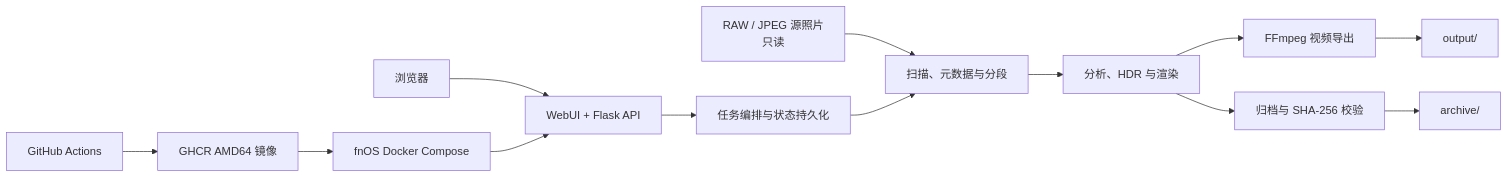
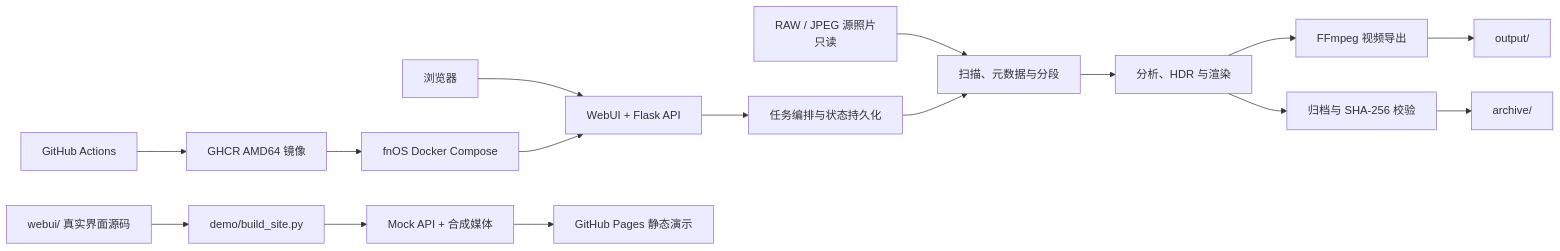
Before and after one commit to Solismuchengxue/Solis_Timelapse: the diagram in DESIGN.md, drawn with Mermaid. The commit also changed other lines of this file and 28 other files, not shown here.

````diff
--- a/DESIGN.md
+++ b/DESIGN.md
@@ -28,15 +29,18 @@
 ```mermaid
 flowchart LR
     Browser["浏览器"] --> Web["WebUI + Flask API"]
     Source["RAW / JPEG 源照片\n只读"] --> Catalog["扫描、元数据与分段"]
     Web --> Tasks["任务编排与状态持久化"]
     Tasks --> Catalog
     Catalog --> Pipeline["分析、HDR 与渲染"]
     Pipeline --> Video["FFmpeg 视频导出"]
     Video --> Output["output/"]
     Pipeline --> Archive["归档与 SHA-256 校验"]
     Archive --> ArchiveStore["archive/"]
     Actions["GitHub Actions"] --> GHCR["GHCR AMD64 镜像"]
     GHCR --> FNOS["fnOS Docker Compose"]
     FNOS --> Web
+    UIAssets["webui/ 真实界面源码"] --> DemoBuild["demo/build_site.py"]
+    DemoBuild --> Mock["Mock API + 合成媒体"]
+    Mock --> Pages["GitHub Pages 静态演示"]
 ```
````
